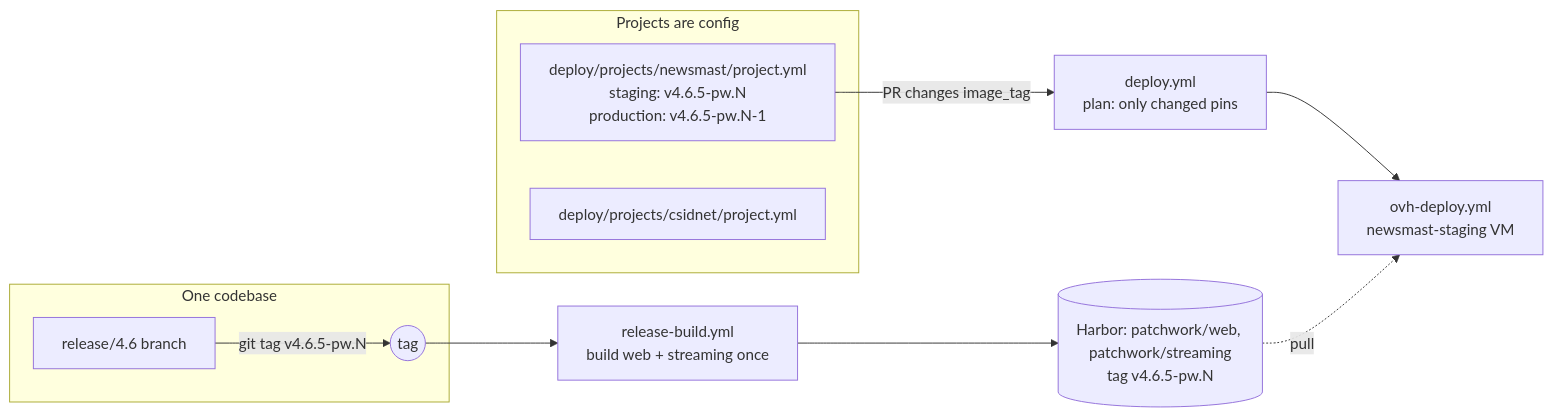
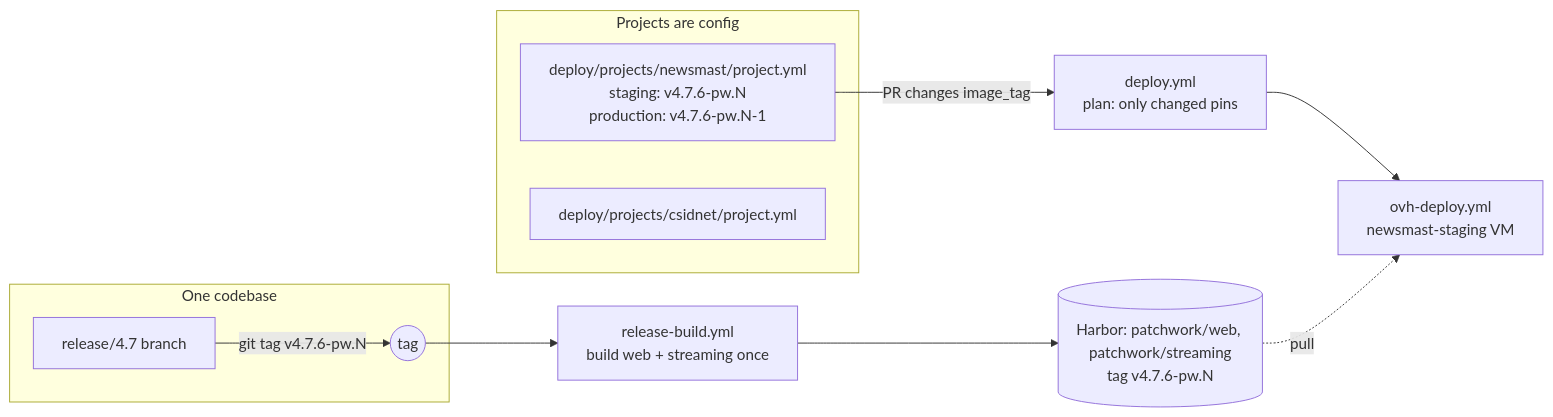
One commit to patchwork-hub/patchwork-mastodon changed the diagram in docs/deploy/README.md. Above: the diagram before and after it, drawn with Mermaid. The commit also changed other lines of this file and 9 other files, not shown here.

First line of the commit message:
Update POC for newsmast 4.7.6 and its existing OVH production

````diff
--- a/docs/deploy/README.md
+++ b/docs/deploy/README.md
@@ -31,15 +31,15 @@
 ```mermaid
 flowchart LR
   subgraph code [One codebase]
-    RB[release/4.6 branch] -- "git tag v4.6.5-pw.N" --> T((tag))
+    RB[release/4.7 branch] -- "git tag v4.7.6-pw.N" --> T((tag))
   end
   T --> BUILD[release-build.yml<br/>build web + streaming once]
-  BUILD --> H[(Harbor: patchwork/web, patchwork/streaming<br/>tag v4.6.5-pw.N)]
+  BUILD --> H[(Harbor: patchwork/web, patchwork/streaming<br/>tag v4.7.6-pw.N)]
   subgraph cfg [Projects are config]
-    P1[deploy/projects/newsmast/project.yml<br/>staging: v4.6.5-pw.N<br/>production: v4.6.5-pw.N-1]
+    P1[deploy/projects/newsmast/project.yml<br/>staging: v4.7.6-pw.N<br/>production: v4.7.6-pw.N-1]
     P2[deploy/projects/csidnet/project.yml]
   end
   P1 -- "PR changes image_tag" --> D[deploy.yml<br/>plan: only changed pins]
   D --> R1[ovh-deploy.yml<br/>newsmast-staging VM]
   H -. pull .-> R1
 ```
````
